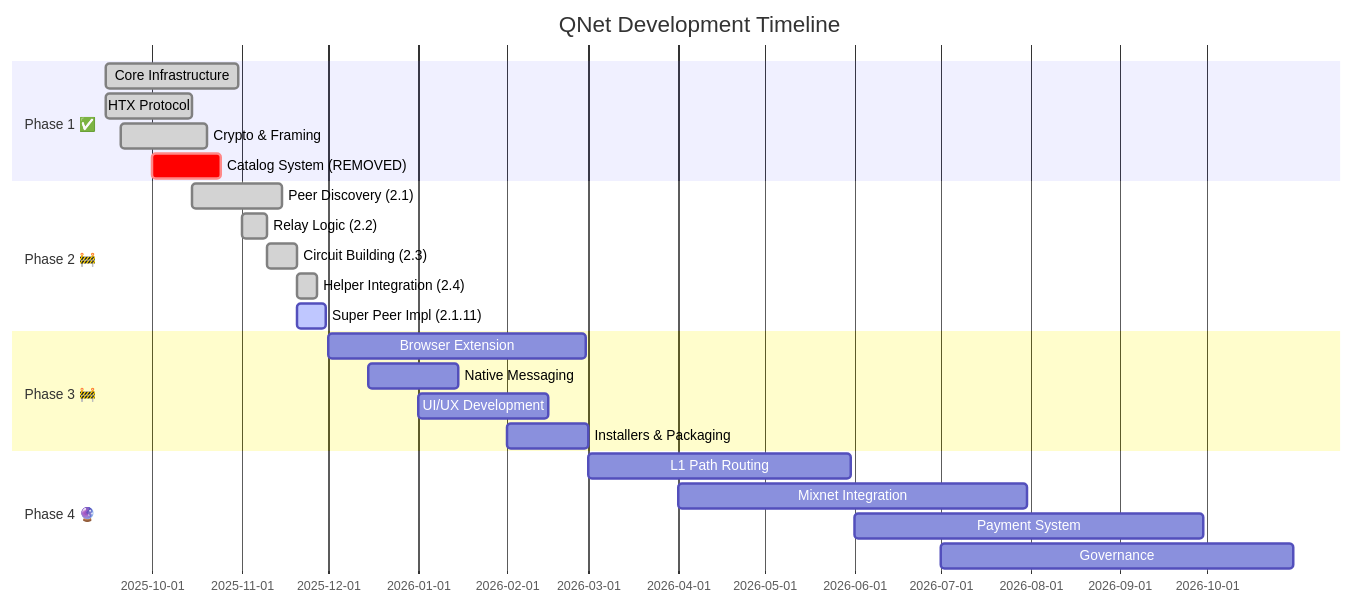
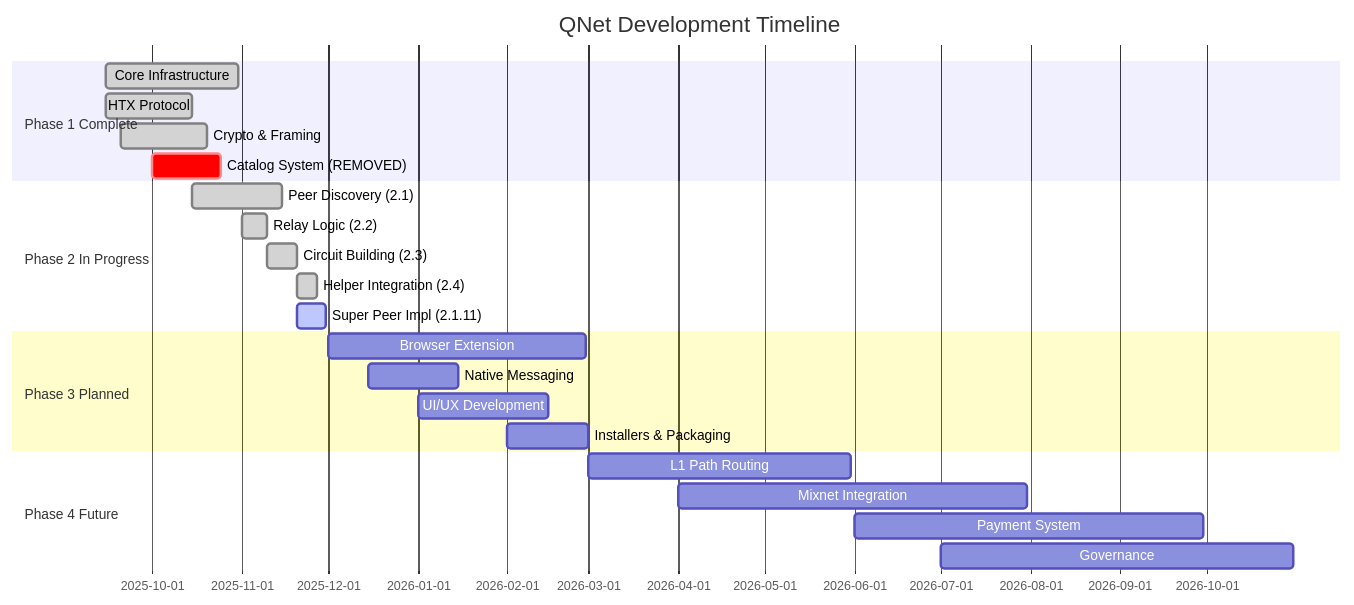
One commit to QW1CKS/qnet changed diagram 13 of 13 in README.md. Above: the diagram before and after it, drawn with Mermaid. The commit also changed other lines of this file, not shown here.

````diff
--- a/README.md
+++ b/README.md
@@ -961,31 +1046,31 @@
 ```mermaid
 gantt
     title QNet Development Timeline
     dateFormat YYYY-MM-DD
     todayMarker stroke-width:5px,stroke:#ff6b6b,opacity:0.8
     
-    section Phase 1 ✅
+    section Phase 1 Complete
     Core Infrastructure    :done, p1, 2025-09-15, 2025-10-31
     HTX Protocol          :done, p1a, 2025-09-15, 2025-10-15
     Crypto & Framing      :done, p1b, 2025-09-20, 2025-10-20
     Catalog System (REMOVED):crit, p1c, 2025-10-01, 2025-10-25
     
-    section Phase 2 🚧
+    section Phase 2 In Progress
     Peer Discovery (2.1)  :done, p2a, 2025-10-15, 2025-11-15
     Relay Logic (2.2)     :done, p2b, 2025-11-01, 2025-11-10
     Circuit Building (2.3):done, p2c, 2025-11-10, 2025-11-20
     Helper Integration (2.4):done, p2d, 2025-11-20, 2025-11-27
     Super Peer Impl (2.1.11):active, p2e, 2025-11-20, 2025-11-30
     
-    section Phase 3 🚧
+    section Phase 3 Planned
     Browser Extension     :p3, 2025-12-01, 2026-02-28
     Native Messaging      :p3a, 2025-12-15, 2026-01-15
     UI/UX Development     :p3b, 2026-01-01, 2026-02-15
     Installers & Packaging:p3c, 2026-02-01, 2026-03-01
     
-    section Phase 4 🔮
+    section Phase 4 Future
     L1 Path Routing       :p4a, 2026-03-01, 2026-05-31
     Mixnet Integration    :p4b, 2026-04-01, 2026-07-31
     Payment System        :p4c, 2026-06-01, 2026-09-30
     Governance            :p4d, 2026-07-01, 2026-10-31
 ```
````
